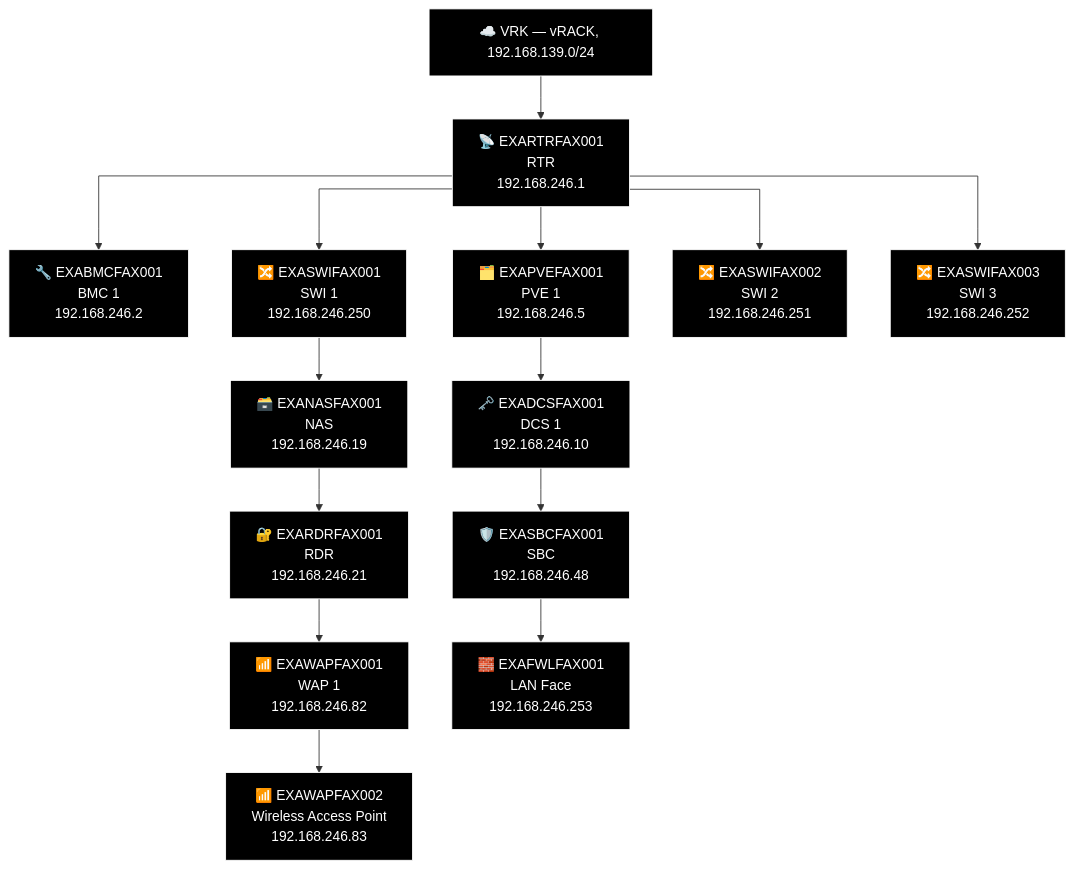
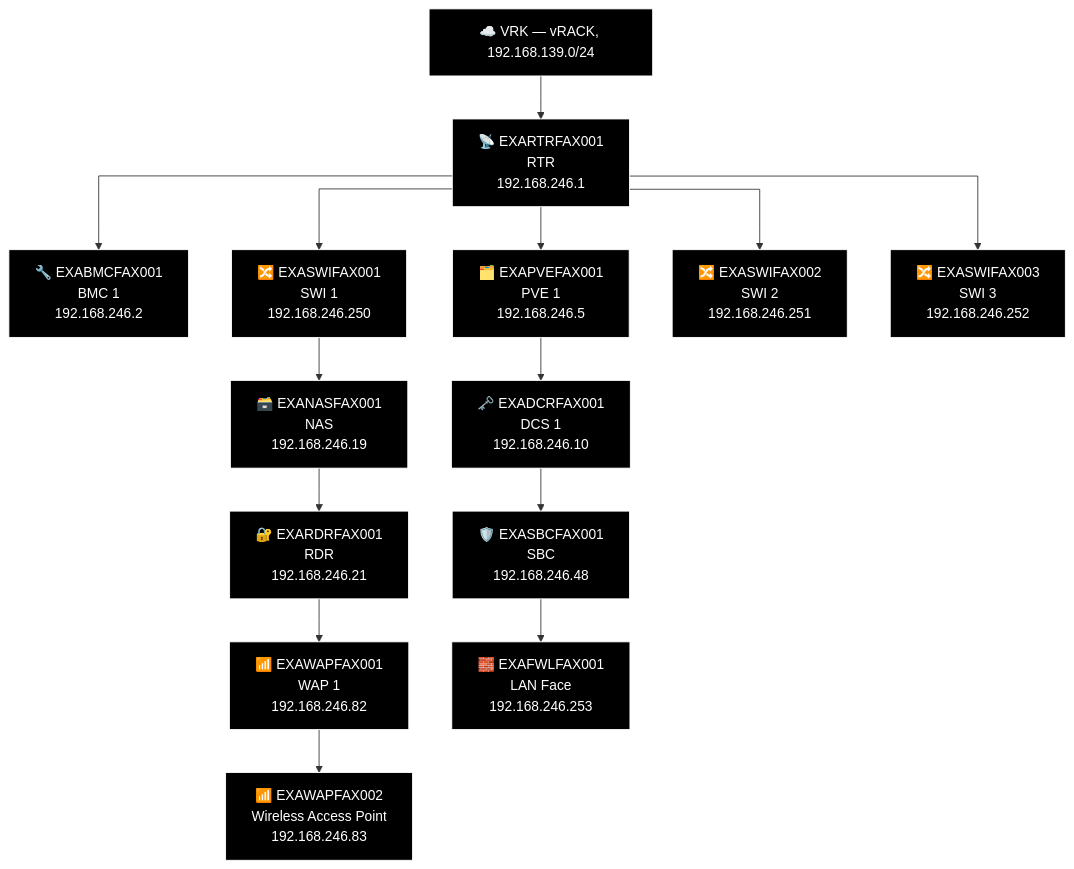
Diagram 11 of 23 in docs/network-diagram/danmark.md (knightmare2600/example_music_infra), drawn with Mermaid before and after one commit. The commit also changed other lines of this file and 8 other files, not shown here.

````diff
--- a/docs/network-diagram/danmark.md
+++ b/docs/network-diagram/danmark.md
@@ -528,42 +511,42 @@
 ```mermaid
 %% GENERATED:TOPOLOGY:FAX:START
 %%{init: {'flowchart': {'curve': 'stepAfter'}}}%%
 graph TD
     T_VRK["☁️ VRK — vRACK, 192.168.139.0/24"]
     T_RTR["📡 EXARTRFAX001<br/>RTR<br/>192.168.246.1"]
     T_VRK --> T_RTR
     T_BMC["🔧 EXABMCFAX001<br/>BMC 1<br/>192.168.246.2"]
     T_RTR --> T_BMC
     T_PVE["🗂️ EXAPVEFAX001<br/>PVE 1<br/>192.168.246.5"]
     T_RTR --> T_PVE
     T_SWI["🔀 EXASWIFAX001<br/>SWI 1<br/>192.168.246.250"]
     T_RTR --> T_SWI
     T_SWI2["🔀 EXASWIFAX002<br/>SWI 2<br/>192.168.246.251"]
     T_RTR --> T_SWI2
     T_SWI3["🔀 EXASWIFAX003<br/>SWI 3<br/>192.168.246.252"]
     T_RTR --> T_SWI3
     T_NAS["🗃️ EXANASFAX001<br/>NAS<br/>192.168.246.19"]
     T_RDR["🔐 EXARDRFAX001<br/>RDR<br/>192.168.246.21"]
     T_WAP["📶 EXAWAPFAX001<br/>WAP 1<br/>192.168.246.82"]
     T_WAP2["📶 EXAWAPFAX002<br/>Wireless Access Point<br/>192.168.246.83"]
     T_SWI --> T_NAS --> T_RDR --> T_WAP --> T_WAP2
-    T_DCS["🗝️ EXADCSFAX001<br/>DCS 1<br/>192.168.246.10"]
+    T_DCS["🗝️ EXADCRFAX001<br/>DCS 1<br/>192.168.246.10"]
     T_SBC["🛡️ EXASBCFAX001<br/>SBC<br/>192.168.246.48"]
     T_FWL["🧱 EXAFWLFAX001<br/>LAN Face<br/>192.168.246.253"]
     T_PVE --> T_DCS --> T_SBC --> T_FWL
     style T_VRK fill:#000000,stroke:#FFFFFF,color:#FFFFFF
     style T_RTR fill:#000000,stroke:#FFFFFF,color:#FFFFFF
     style T_BMC fill:#000000,stroke:#FFFFFF,color:#FFFFFF
     style T_PVE fill:#000000,stroke:#FFFFFF,color:#FFFFFF
     style T_SWI fill:#000000,stroke:#FFFFFF,color:#FFFFFF
     style T_SWI2 fill:#000000,stroke:#FFFFFF,color:#FFFFFF
     style T_SWI3 fill:#000000,stroke:#FFFFFF,color:#FFFFFF
     style T_NAS fill:#000000,stroke:#FFFFFF,color:#FFFFFF
     style T_RDR fill:#000000,stroke:#FFFFFF,color:#FFFFFF
     style T_WAP fill:#000000,stroke:#FFFFFF,color:#FFFFFF
     style T_WAP2 fill:#000000,stroke:#FFFFFF,color:#FFFFFF
     style T_DCS fill:#000000,stroke:#FFFFFF,color:#FFFFFF
     style T_SBC fill:#000000,stroke:#FFFFFF,color:#FFFFFF
     style T_FWL fill:#000000,stroke:#FFFFFF,color:#FFFFFF
 %% GENERATED:TOPOLOGY:FAX:END
 ```
````
